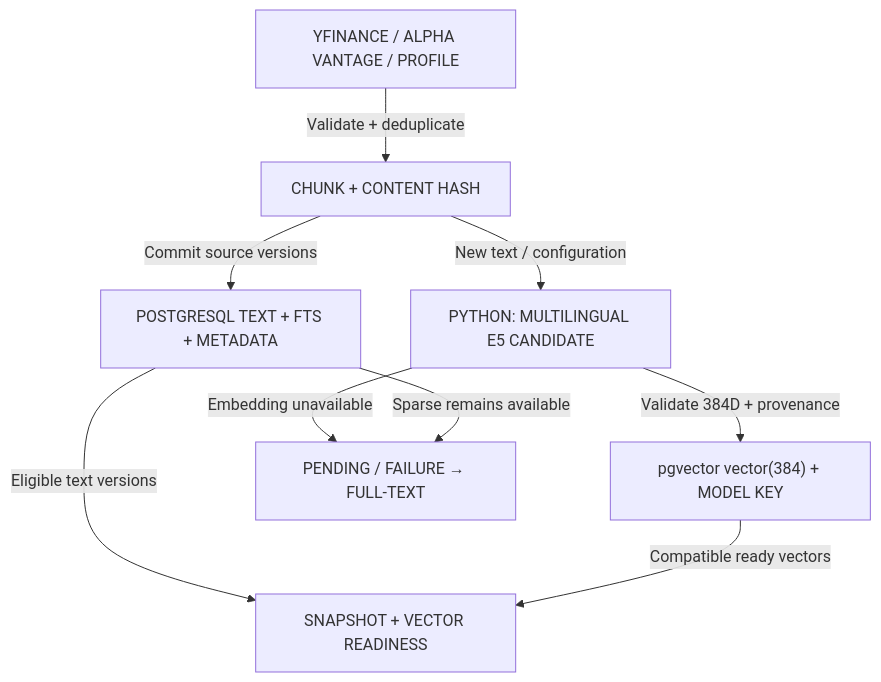
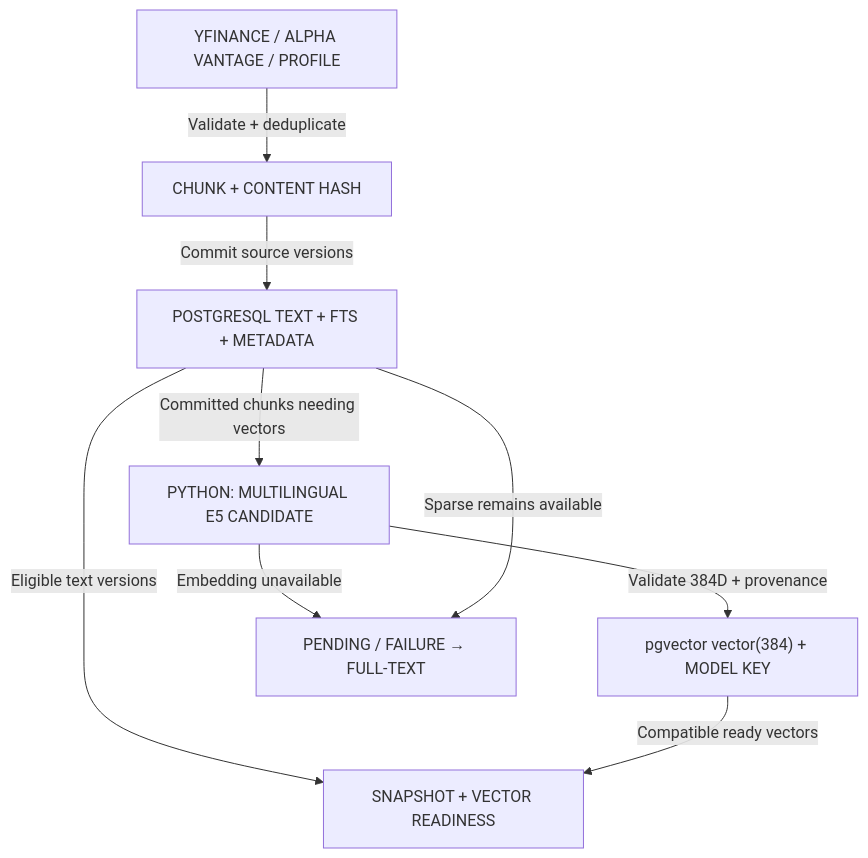
Diagram 15 of 17 in public/downloads/stock-research-workflow-atlas.md (ByronHo68/ai-learning-academy), drawn with Mermaid before and after one commit. The commit also changed other lines of this file and 6 other files, not shown here.

````diff
--- a/public/downloads/stock-research-workflow-atlas.md
+++ b/public/downloads/stock-research-workflow-atlas.md
@@ -1025,18 +1025,18 @@
 ```mermaid
 flowchart TD
   n0["YFINANCE / ALPHA VANTAGE / PROFILE"]
   n1["CHUNK + CONTENT HASH"]
   n2["PYTHON: MULTILINGUAL E5 CANDIDATE"]
   n3["POSTGRESQL TEXT + FTS + METADATA"]
   n4["pgvector vector(384) + MODEL KEY"]
   n5["SNAPSHOT + VECTOR READINESS"]
   n6["PENDING / FAILURE → FULL-TEXT"]
   n0 -- "Validate + deduplicate" --> n1
   n1 -- "Commit source versions" --> n3
-  n1 -- "New text / configuration" --> n2
+  n3 -- "Committed chunks needing vectors" --> n2
   n2 -- "Validate 384D + provenance" --> n4
   n2 -- "Embedding unavailable" --> n6
   n3 -- "Eligible text versions" --> n5
   n4 -- "Compatible ready vectors" --> n5
   n3 -- "Sparse remains available" --> n6
 ```
````
